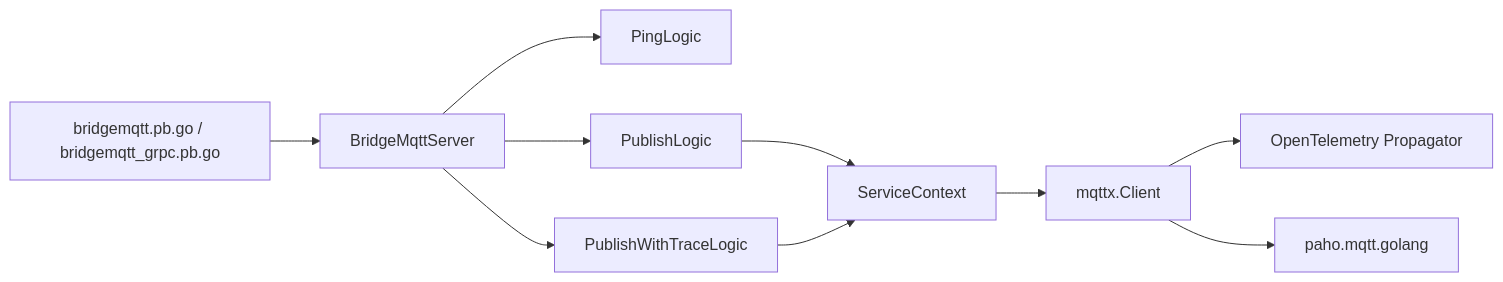
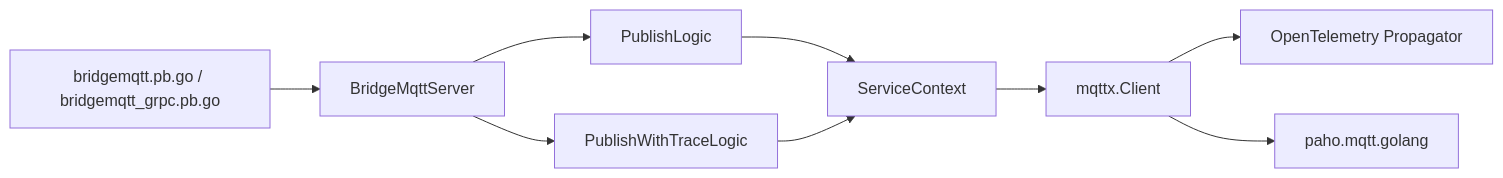
The fifth of 5 diagrams in .qoder/repowiki/zh/content/核心服务详解/MQTT 协议桥接服务/MQTT API 接口参考.md (maomao94/zero-service), drawn with Mermaid before and after one commit. The commit also changed other lines of this file and 59 other files, not shown here.

````diff
--- a/.qoder/repowiki/zh/content/核心服务详解/MQTT 协议桥接服务/MQTT API 接口参考.md
+++ b/.qoder/repowiki/zh/content/核心服务详解/MQTT 协议桥接服务/MQTT API 接口参考.md
@@ -329,12 +311,11 @@
 ```mermaid
 graph LR
 PB["bridgemqtt.pb.go / bridgemqtt_grpc.pb.go"] --> S["BridgeMqttServer"]
-S --> L1["PingLogic"]
 S --> L2["PublishLogic"]
 S --> L3["PublishWithTraceLogic"]
 L2 --> Ctx["ServiceContext"]
 L3 --> Ctx
 Ctx --> Mqtt["mqttx.Client"]
 Mqtt --> OTEL["OpenTelemetry Propagator"]
 Mqtt --> Paho["paho.mqtt.golang"]
 ```
````
